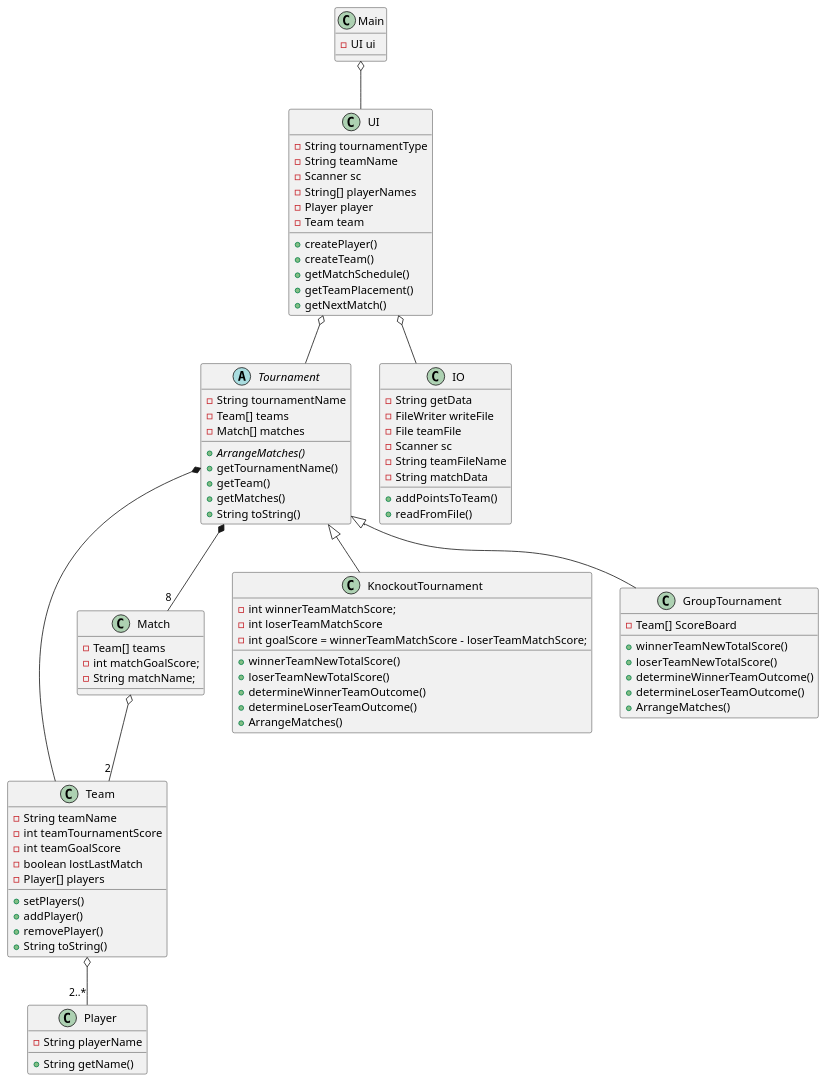
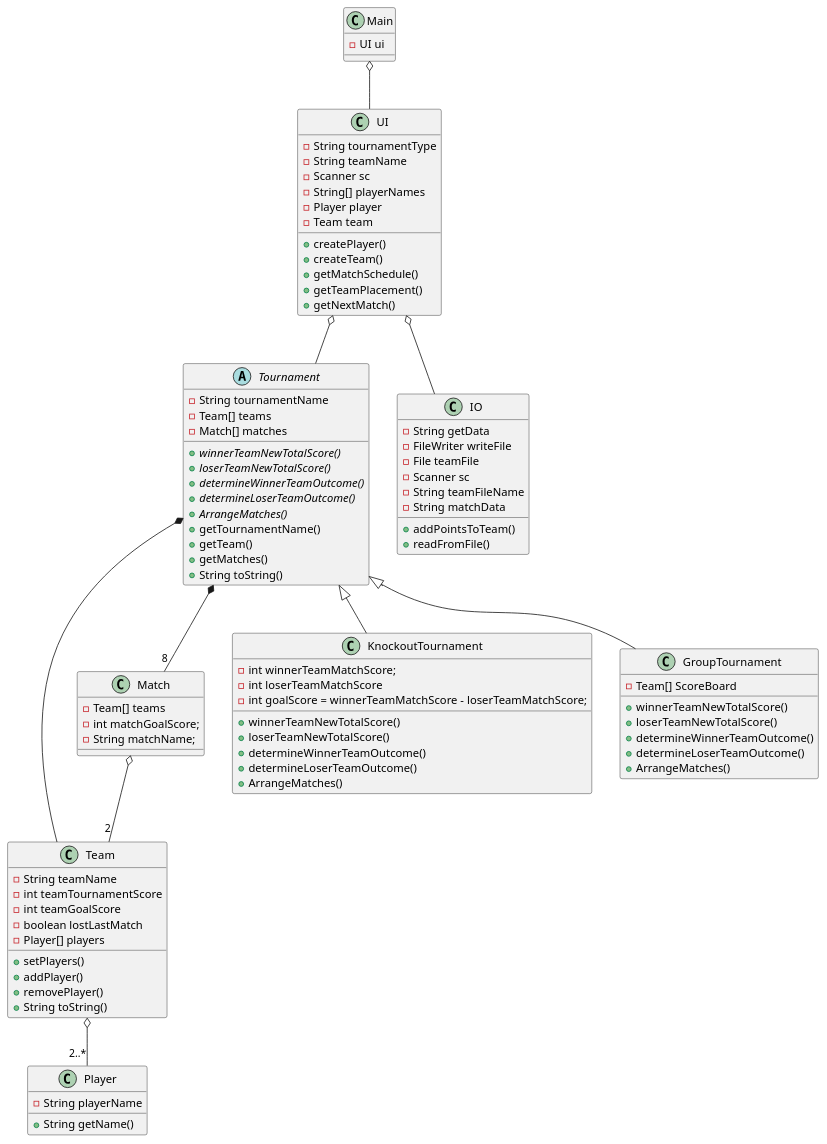
The diagram in doc/Class.puml (DeRp-DaWg/SP3), drawn with PlantUML before and after one commit.

Commit message:
Lavet af Andreas

```diff
--- a/doc/Class.puml
+++ b/doc/Class.puml
@@ -1,98 +1,101 @@
 @startuml
 'https://plantuml.com/class-diagram
 
 class Main{
 -UI ui
 }
 
 class Player {
 -String playerName
 +String getName()
 }
 
 class Team {
 -String teamName
 -int teamTournamentScore
 -int teamGoalScore
 -boolean lostLastMatch
 -Player[] players
 +setPlayers()
 +addPlayer()
 +removePlayer()
 +String toString()
 }
 
 class Match{
 -Team[] teams
 -int matchGoalScore;
 -String matchName;
 }
 
 abstract Tournament {
 -String tournamentName
 -Team[] teams
 -Match[] matches
++{abstract}winnerTeamNewTotalScore()
++{abstract}loserTeamNewTotalScore()
++{abstract}determineWinnerTeamOutcome()
++{abstract}determineLoserTeamOutcome()
 +{abstract}ArrangeMatches()
 +getTournamentName()
 +getTeam()
 +getMatches()
 +String toString()
 }
 
 class KnockoutTournament{
 -int winnerTeamMatchScore;
 -int loserTeamMatchScore
 -int goalScore = winnerTeamMatchScore - loserTeamMatchScore;
-
 +winnerTeamNewTotalScore()
 +loserTeamNewTotalScore()
 +determineWinnerTeamOutcome()
 +determineLoserTeamOutcome()
 +ArrangeMatches()
 }
 
 class GroupTournament{
 -Team[] ScoreBoard
 +winnerTeamNewTotalScore()
 +loserTeamNewTotalScore()
 +determineWinnerTeamOutcome()
 +determineLoserTeamOutcome()
 +ArrangeMatches()
 }
 
 class UI {
 -String tournamentType
 -String teamName
 -Scanner sc
 -String[] playerNames
 -Player player
 -Team team
 +createPlayer()
 +createTeam()
 +getMatchSchedule()
 +getTeamPlacement()
 +getNextMatch()
 }
 
 class IO {
 -String getData
 -FileWriter writeFile
 -File teamFile
 -Scanner sc
 -String teamFileName
 -String matchData
 +addPointsToTeam()
 +readFromFile()
 }
 
 
 UI o-- Tournament
 UI o-- IO
 Tournament *-- "8" Match
 Tournament *-- Team
 Match o-- "2" Team
 Team o-- "2..*" Player
 Tournament <|-- KnockoutTournament
 Tournament <|-- GroupTournament
 Main o-- UI
 @enduml
```
